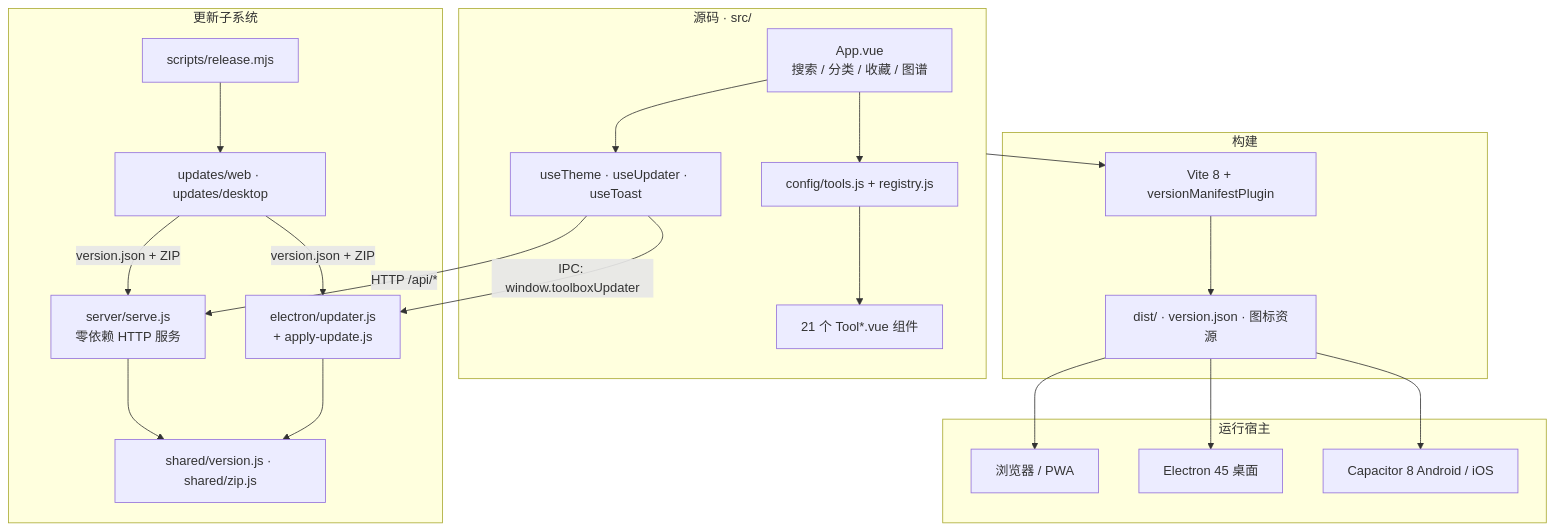
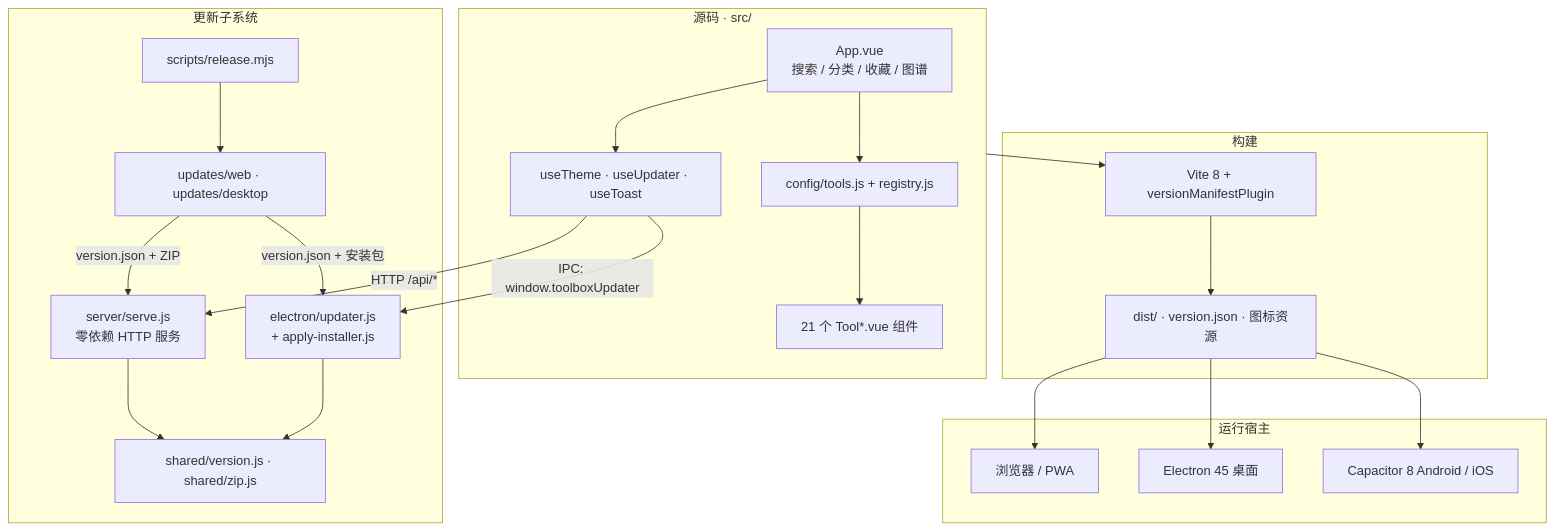
The first of 2 diagrams in README.md (yuchen0x1/Base64-encode-encoding), drawn with Mermaid before and after one commit. The commit also changed other lines of this file and 14 other files, not shown here.

````diff
--- a/README.md
+++ b/README.md
@@ -158,44 +158,44 @@
 ```mermaid
 flowchart TB
     subgraph SRC["源码 · src/"]
         A["App.vue<br/>搜索 / 分类 / 收藏 / 图谱"]
         B["21 个 Tool*.vue 组件"]
         C["config/tools.js + registry.js"]
         D["useTheme · useUpdater · useToast"]
         A --> C
         C --> B
         A --> D
     end
 
     subgraph BUILD["构建"]
         E["Vite 8 + versionManifestPlugin"]
         F["dist/ · version.json · 图标资源"]
         E --> F
     end
 
     subgraph HOST["运行宿主"]
         G["浏览器 / PWA"]
         H["Electron 45 桌面"]
         I["Capacitor 8 Android / iOS"]
     end
 
     subgraph UPDATE["更新子系统"]
         J["server/serve.js<br/>零依赖 HTTP 服务"]
-        K["electron/updater.js<br/>+ apply-update.js"]
+        K["electron/updater.js<br/>+ apply-installer.js"]
         L["shared/version.js · shared/zip.js"]
         M["scripts/release.mjs"]
         N["updates/web · updates/desktop"]
     end
 
     SRC --> E
     F --> G
     F --> H
     F --> I
     D -->|"HTTP /api/*"| J
     D -->|"IPC: window.toolboxUpdater"| K
     J --> L
     K --> L
     M --> N
     N -->|"version.json + ZIP"| J
-    N -->|"version.json + ZIP"| K
+    N -->|"version.json + 安装包"| K
 ```
````
